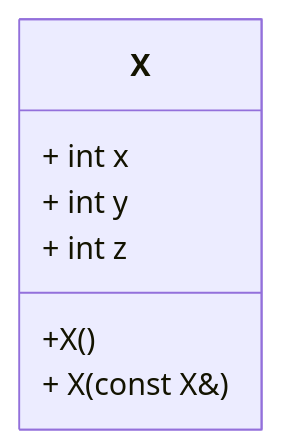
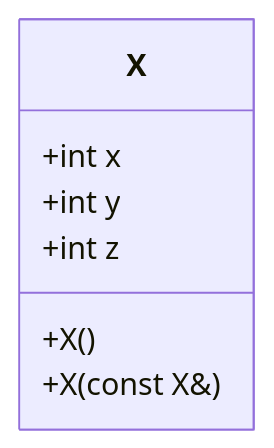
The third of 3 diagrams in C++/Object Module/1_virtual_functions.md (LiuYuan-SHU/MyNotes), drawn with Mermaid before and after one commit.

````diff
--- a/C++/Object Module/1_virtual_functions.md
+++ b/C++/Object Module/1_virtual_functions.md
@@ -448,10 +448,10 @@
 ```mermaid
 classDiagram
 
 class X
-X : + int x
-X : + int y
-X : + int z
+X : +int x
+X : +int y
+X : +int z
 X : +X()
-X : + X(const X&)
+X : +X(const X&)
 ```
````
